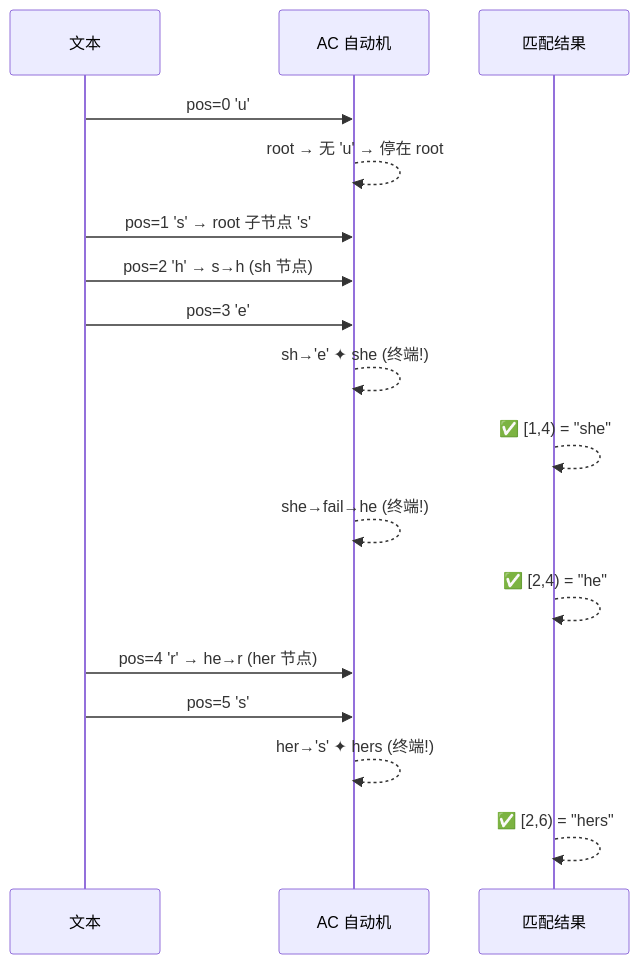
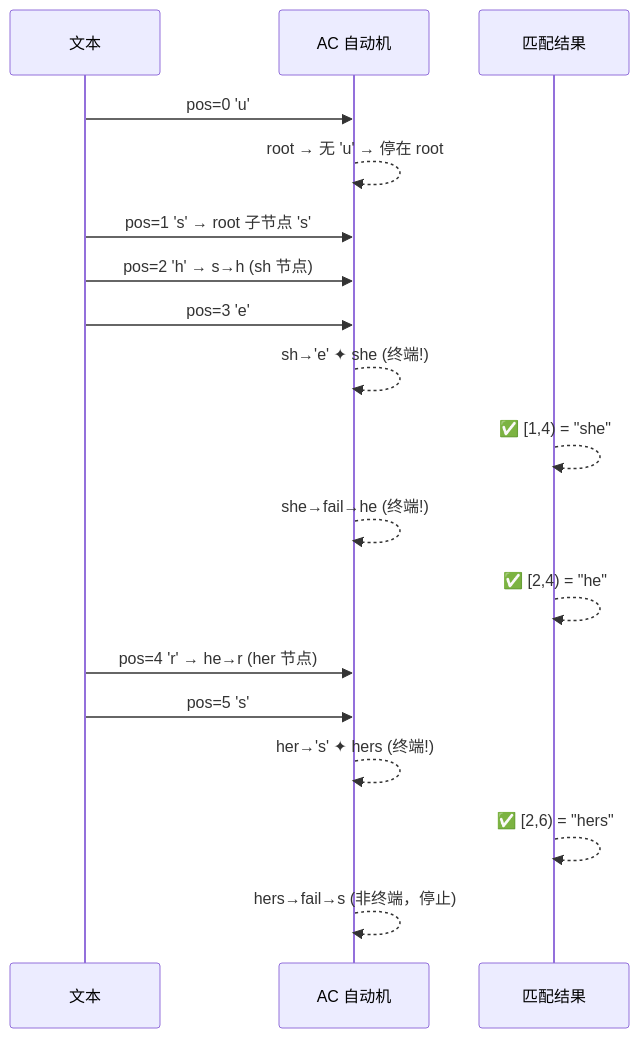
The third of 3 diagrams in README.zh.md (CandyMi/ccac), drawn with Mermaid before and after one commit. The commit also changed other lines of this file and 10 other files, not shown here.

First line of the commit message:
refactor: rename ccac_find → ccac_match; fix wrong failure links in AC diagrams

````diff
--- a/README.zh.md
+++ b/README.zh.md
@@ -225,24 +226,25 @@
 ```mermaid
 sequenceDiagram
     participant T as 文本
     participant AC as AC 自动机
     participant M as 匹配结果
     
     T->>AC: pos=0 'u'
     AC-->>AC: root → 无 'u' → 停在 root
     
     T->>AC: pos=1 's' → root 子节点 's'
     T->>AC: pos=2 'h' → s→h (sh 节点)
     
     T->>AC: pos=3 'e'
     AC-->>AC: sh→'e' ✦ she (终端!)
     M-->>M: ✅ [1,4) = "she"
     AC-->>AC: she→fail→he (终端!)
     M-->>M: ✅ [2,4) = "he"
     
     T->>AC: pos=4 'r' → he→r (her 节点)
     
     T->>AC: pos=5 's'
     AC-->>AC: her→'s' ✦ hers (终端!)
     M-->>M: ✅ [2,6) = "hers"
+    AC-->>AC: hers→fail→s (非终端，停止)
 ```
````
